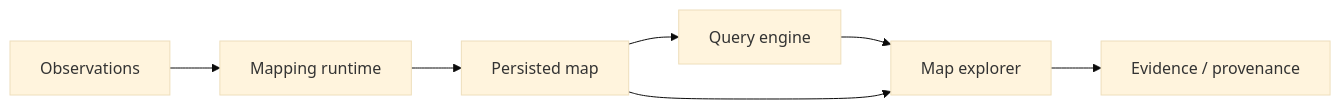
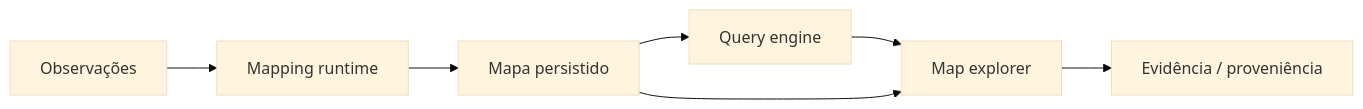
The diagram in docs/map-lifecycle.md (Alexandre-Tortoza/contextual-3d-mapping), drawn with Mermaid (base theme) before and after one commit. The commit also changed other lines of this file and 279 other files, not shown here.

````diff
--- a/docs/map-lifecycle.md
+++ b/docs/map-lifecycle.md
@@ -51,9 +51,9 @@
 ```mermaid
 flowchart LR
-    O[Observations] --> R[Mapping runtime]
-    R --> M[Persisted map]
+    O[Observações] --> R[Mapping runtime]
+    R --> M[Mapa persistido]
     M --> Q[Query engine]
     Q --> E[Map explorer]
     M --> E
-    E --> P[Evidence / provenance]
+    E --> P[Evidência / proveniência]
 ```
````
